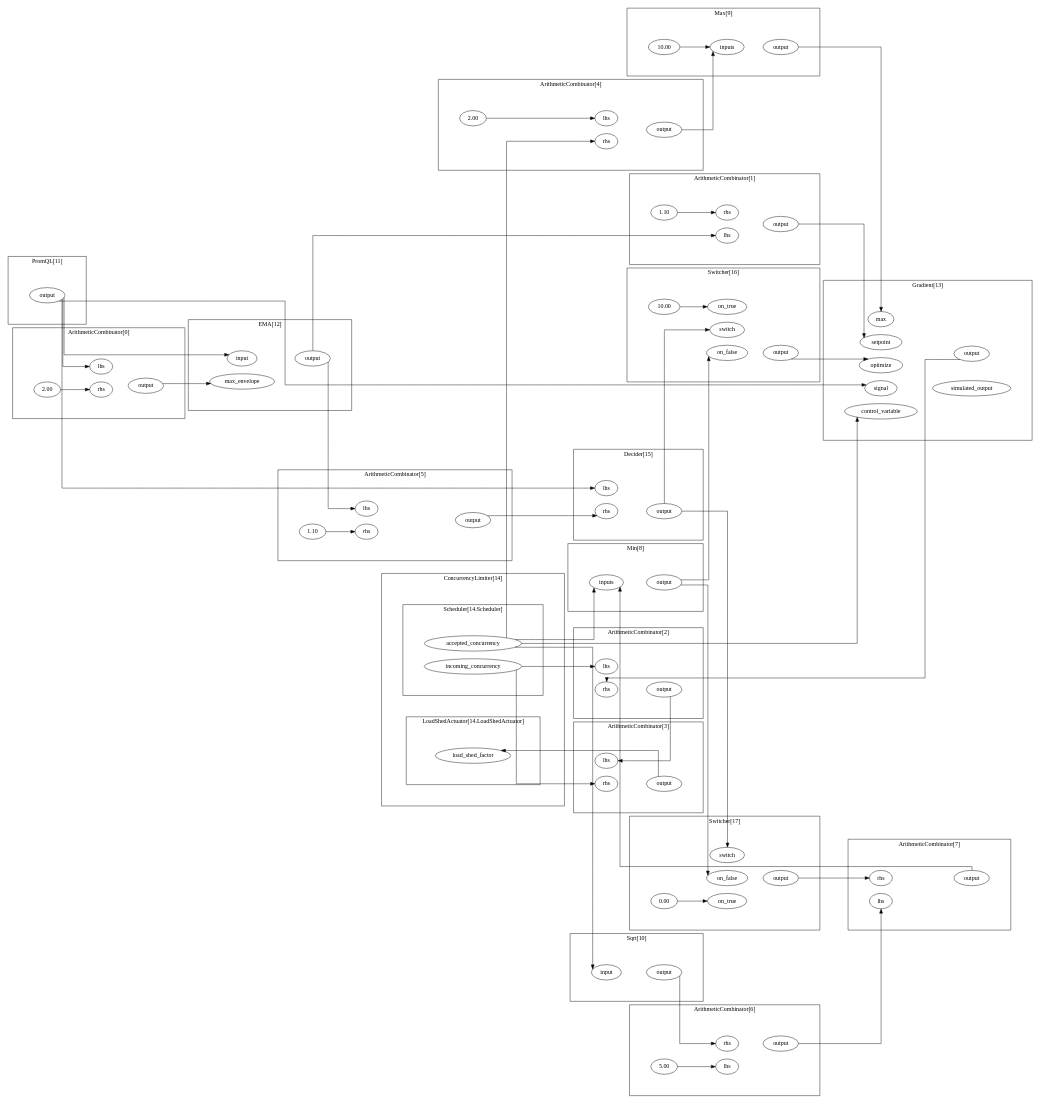
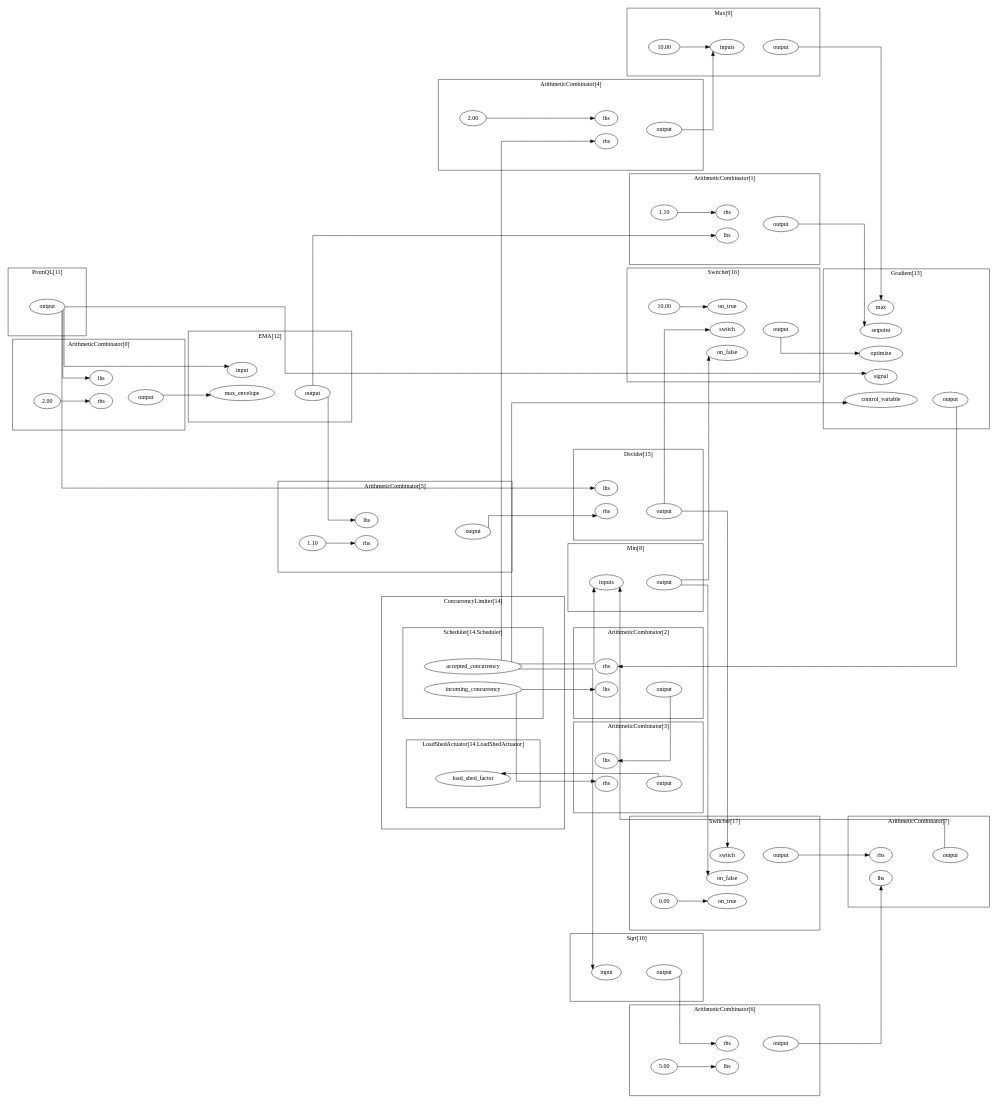
One commit to fluxninja/aperture changed the diagram in blueprints/blueprints/latency-gradient/example/gen/graph/graph.dot. Above: the diagram before and after it, drawn with Graphviz. The commit also changed 11 other files, not shown here.

```diff
--- a/blueprints/blueprints/latency-gradient/example/gen/graph/graph.dot
+++ b/blueprints/blueprints/latency-gradient/example/gen/graph/graph.dot
@@ -25,9 +25,9 @@
 	}
 	subgraph cluster_s11 {
 		label="ArithmeticCombinator[2]";margin="50.0";
-		n12[label="lhs"];
+		n13[label="lhs"];
 		n14[label="output"];
-		n13[label="rhs"];
+		n12[label="rhs"];
 		n13->n14[style="invis"];
 		{rank=same; n12;n13;};
 		{rank=same; n14;};
@@ -51,8 +51,8 @@
 		n22[label="rhs"];
 		n21->n20;
 		n22->n23[style="invis"];
+		{rank=same; n23;};
 		{rank=same; n20;n22;};
-		{rank=same; n23;};
 		
 	}
 	subgraph cluster_s24 {
@@ -75,8 +75,8 @@
 		n32[label="rhs"];
 		n31->n30;
 		n32->n33[style="invis"];
+		{rank=same; n30;n32;};
 		{rank=same; n33;};
-		{rank=same; n30;n32;};
 		
 	}
 	subgraph cluster_s34 {
@@ -89,37 +89,37 @@
 		{rank=same; n37;};
 		
 	}
-	subgraph cluster_s62 {
-		subgraph cluster_s66 {
+	subgraph cluster_s61 {
+		subgraph cluster_s65 {
 			label="LoadShedActuator[14.LoadShedActuator]";margin="50.0";
-			n67[label="load_shed_factor"];
-			{rank=same; n67;};
+			n66[label="load_shed_factor"];
+			{rank=same; n66;};
 			
 		}
-		subgraph cluster_s63 {
+		subgraph cluster_s62 {
 			label="Scheduler[14.Scheduler]";margin="50.0";
-			n64[label="accepted_concurrency"];
-			n65[label="incoming_concurrency"];
-			{rank=same; n64;n65;};
+			n63[label="accepted_concurrency"];
+			n64[label="incoming_concurrency"];
+			{rank=same; n63;n64;};
 			
 		}
 		label="ConcurrencyLimiter[14]";margin="50.0";
 		
 	}
-	subgraph cluster_s68 {
+	subgraph cluster_s67 {
 		label="Decider[15]";margin="50.0";
-		n69[label="lhs"];
-		n71[label="output"];
-		n70[label="rhs"];
-		n70->n71[style="invis"];
-		{rank=same; n69;n70;};
-		{rank=same; n71;};
+		n68[label="lhs"];
+		n70[label="output"];
+		n69[label="rhs"];
+		n69->n70[style="invis"];
+		{rank=same; n68;n69;};
+		{rank=same; n70;};
 		
 	}
 	subgraph cluster_s50 {
 		label="EMA[12]";margin="50.0";
-		n52[label="input"];
-		n51[label="max_envelope"];
+		n51[label="input"];
+		n52[label="max_envelope"];
 		n53[label="output"];
 		n52->n53[style="invis"];
 		{rank=same; n51;n52;};
@@ -128,16 +128,15 @@
 	}
 	subgraph cluster_s54 {
 		label="Gradient[13]";margin="50.0";
-		n57[label="control_variable"];
-		n56[label="max"];
-		n55[label="optimize"];
-		n61[label="output"];
-		n59[label="setpoint"];
-		n58[label="signal"];
-		n60[label="simulated_output"];
-		n59->n61[style="invis"];
-		{rank=same; n60;n61;};
+		n59[label="control_variable"];
+		n58[label="max"];
+		n57[label="optimize"];
+		n60[label="output"];
+		n56[label="setpoint"];
+		n55[label="signal"];
+		n59->n60[style="invis"];
 		{rank=same; n55;n56;n57;n58;n59;};
+		{rank=same; n60;};
 		
 	}
 	subgraph cluster_s41 {
@@ -175,61 +174,61 @@
 		{rank=same; n47;};
 		
 	}
-	subgraph cluster_s72 {
+	subgraph cluster_s71 {
 		label="Switcher[16]";margin="50.0";
 		n75[label="10.00"];
-		n76[label="on_false"];
+		n72[label="on_false"];
 		n74[label="on_true"];
-		n77[label="output"];
+		n76[label="output"];
 		n73[label="switch"];
 		n75->n74;
-		n76->n77[style="invis"];
-		{rank=same; n73;n74;n76;};
-		{rank=same; n77;};
+		n74->n76[style="invis"];
+		{rank=same; n72;n73;n74;};
+		{rank=same; n76;};
 		
 	}
-	subgraph cluster_s78 {
+	subgraph cluster_s77 {
 		label="Switcher[17]";margin="50.0";
-		n81[label="0.00"];
-		n82[label="on_false"];
-		n80[label="on_true"];
-		n83[label="output"];
-		n79[label="switch"];
-		n81->n80;
-		n82->n83[style="invis"];
-		{rank=same; n79;n80;n82;};
-		{rank=same; n83;};
+		n79[label="0.00"];
+		n80[label="on_false"];
+		n78[label="on_true"];
+		n82[label="output"];
+		n81[label="switch"];
+		n79->n78;
+		n81->n82[style="invis"];
+		{rank=same; n78;n80;n81;};
+		{rank=same; n82;};
 		
 	}
 	rankdir="LR";splines="ortho";
-	n64->n22;
-	n64->n39;
-	n64->n46;
-	n64->n57;
-	n65->n12;
-	n65->n17;
-	n83->n36;
+	n63->n22;
+	n63->n39;
+	n63->n46;
+	n63->n59;
+	n64->n13;
+	n64->n17;
 	n14->n16;
-	n40->n76;
-	n40->n82;
+	n82->n36;
+	n5->n52;
+	n23->n42;
+	n37->n39;
+	n44->n58;
+	n47->n32;
 	n53->n7;
 	n53->n25;
-	n23->n42;
-	n37->n39;
-	n77->n55;
-	n10->n59;
-	n28->n70;
+	n76->n57;
+	n18->n66;
 	n33->n35;
-	n47->n32;
-	n61->n13;
-	n71->n73;
-	n71->n79;
-	n5->n51;
-	n18->n67;
-	n44->n56;
 	n49->n2;
-	n49->n52;
-	n49->n58;
-	n49->n69;
+	n49->n51;
+	n49->n55;
+	n49->n68;
+	n60->n12;
+	n70->n73;
+	n70->n81;
+	n10->n56;
+	n28->n69;
+	n40->n72;
+	n40->n80;
 	
 }
```
